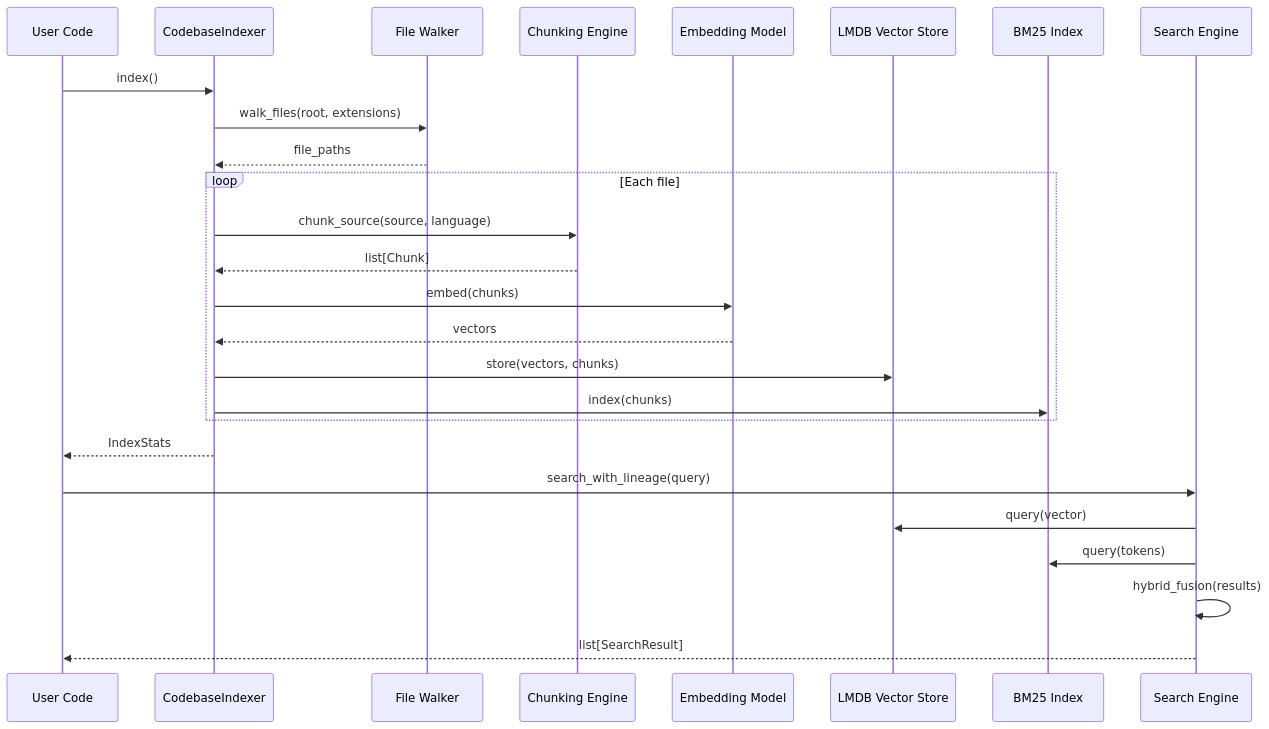
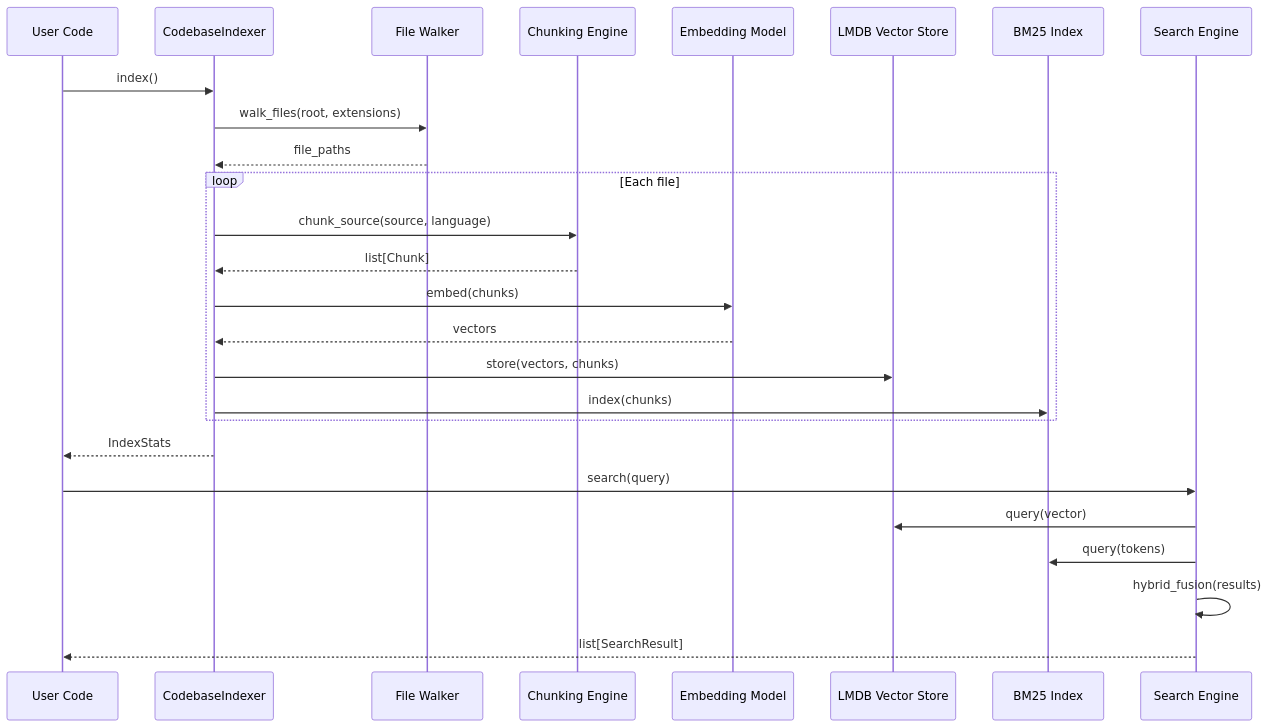
One commit to OEvortex/vortexa changed the first of 3 diagrams in README.md. Above: the diagram before and after it, drawn with Mermaid. The commit also changed other lines of this file and 3 other files, not shown here.

Commit message:
Rename search_with_lineage → search (use .search() not .search_with_lineage())

````diff
--- a/README.md
+++ b/README.md
@@ -324,30 +324,30 @@
 ```mermaid
 sequenceDiagram
     participant User as User Code
     participant Indexer as CodebaseIndexer
     participant Walker as File Walker
     participant Chunker as Chunking Engine
     participant Embedder as Embedding Model
     participant Store as LMDB Vector Store
     participant BM25 as BM25 Index
     participant Search as Search Engine
 
     User->>Indexer: index()
     Indexer->>Walker: walk_files(root, extensions)
     Walker-->>Indexer: file_paths
     loop Each file
         Indexer->>Chunker: chunk_source(source, language)
         Chunker-->>Indexer: list[Chunk]
         Indexer->>Embedder: embed(chunks)
         Embedder-->>Indexer: vectors
         Indexer->>Store: store(vectors, chunks)
         Indexer->>BM25: index(chunks)
     end
     Indexer-->>User: IndexStats
 
-    User->>Search: search_with_lineage(query)
+    User->>Search: search(query)
     Search->>Store: query(vector)
     Search->>BM25: query(tokens)
     Search->>Search: hybrid_fusion(results)
     Search-->>User: list[SearchResult]
 ```
````
